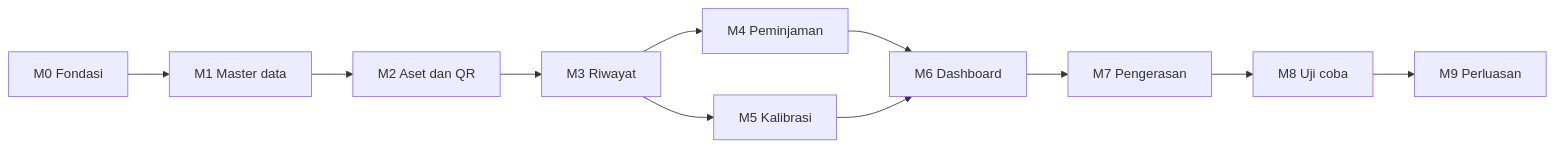
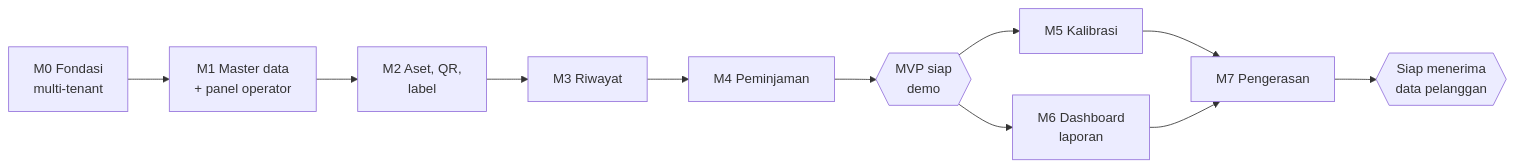
Before and after one commit to mferdinandr/inventory-management: the diagram in docs/10-roadmap.md, drawn with Mermaid. The commit also changed other lines of this file and 12 other files, not shown here.

First line of the commit message:
docs: ubah arah produk menjadi SaaS multi-tenant

````diff
--- a/docs/10-roadmap.md
+++ b/docs/10-roadmap.md
@@ -178,13 +190,13 @@
 ```mermaid
 flowchart LR
-    M0["M0 Fondasi"] --> M1["M1 Master data"]
-    M1 --> M2["M2 Aset dan QR"]
+    M0["M0 Fondasi<br/>multi-tenant"] --> M1["M1 Master data<br/>+ panel operator"]
+    M1 --> M2["M2 Aset, QR,<br/>label"]
     M2 --> M3["M3 Riwayat"]
     M3 --> M4["M4 Peminjaman"]
-    M3 --> M5["M5 Kalibrasi"]
-    M4 --> M6["M6 Dashboard"]
-    M5 --> M6
-    M6 --> M7["M7 Pengerasan"]
-    M7 --> M8["M8 Uji coba"]
-    M8 --> M9["M9 Perluasan"]
+    M4 --> DEMO{{"MVP siap<br/>demo"}}
+    DEMO --> M5["M5 Kalibrasi"]
+    DEMO --> M6["M6 Dashboard<br/>laporan"]
+    M5 --> M7["M7 Pengerasan"]
+    M6 --> M7
+    M7 --> LIVE{{"Siap menerima<br/>data pelanggan"}}
 ```
````
